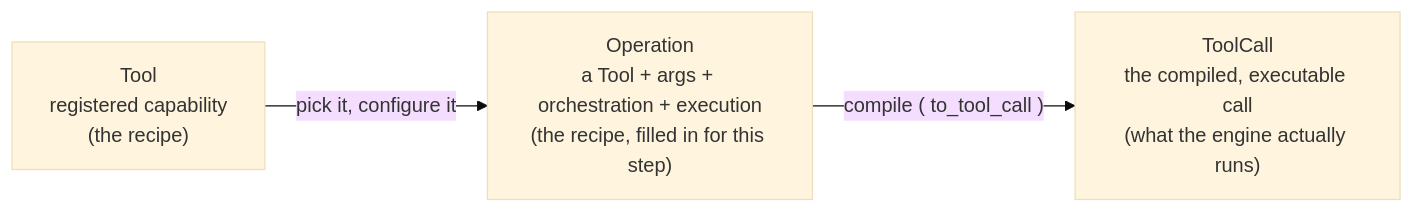
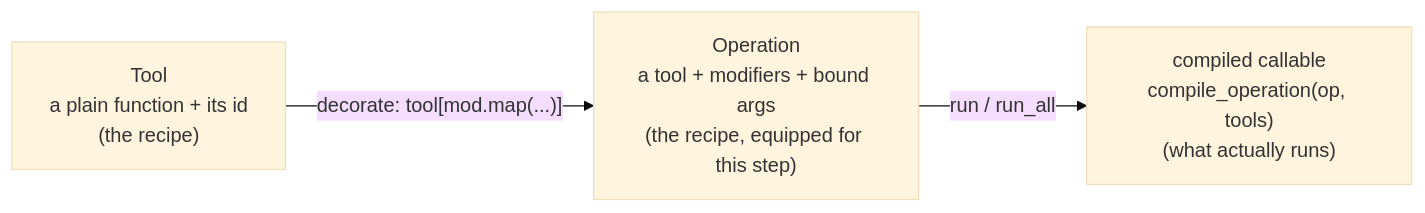
The first of 4 diagrams in docs/object-model.md (stusynakowski/simple-steps-core), drawn with Mermaid (base theme) before and after one commit. The commit also changed other lines of this file and 17 other files, not shown here.

````diff
--- a/docs/object-model.md
+++ b/docs/object-model.md
@@ -147,8 +59,8 @@
 ```mermaid
 flowchart LR
-    Tool["Tool<br/>registered capability<br/>(the recipe)"]
-    Operation["Operation<br/>a Tool + args + orchestration + execution<br/>(the recipe, filled in for this step)"]
-    ToolCall["ToolCall<br/>the compiled, executable call<br/>(what the engine actually runs)"]
-    Tool -->|"pick it, configure it"| Operation
-    Operation -->|"compile ( to_tool_call )"| ToolCall
+    Tool["Tool<br/>a plain function + its id<br/>(the recipe)"]
+    Operation["Operation<br/>a tool + modifiers + bound args<br/>(the recipe, equipped for this step)"]
+    Compiled["compiled callable<br/>compile_operation(op, tools)<br/>(what actually runs)"]
+    Tool -->|"decorate: tool[mod.map(...)]"| Operation
+    Operation -->|"run / run_all"| Compiled
 ```
````
